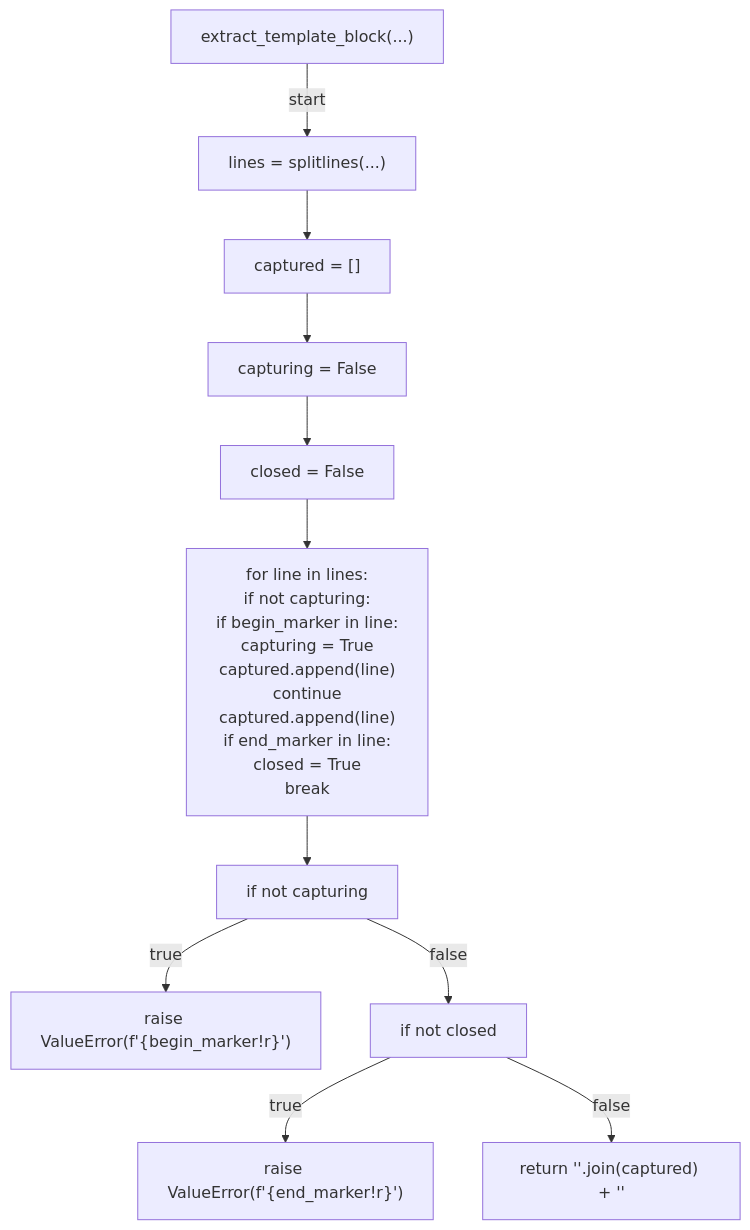
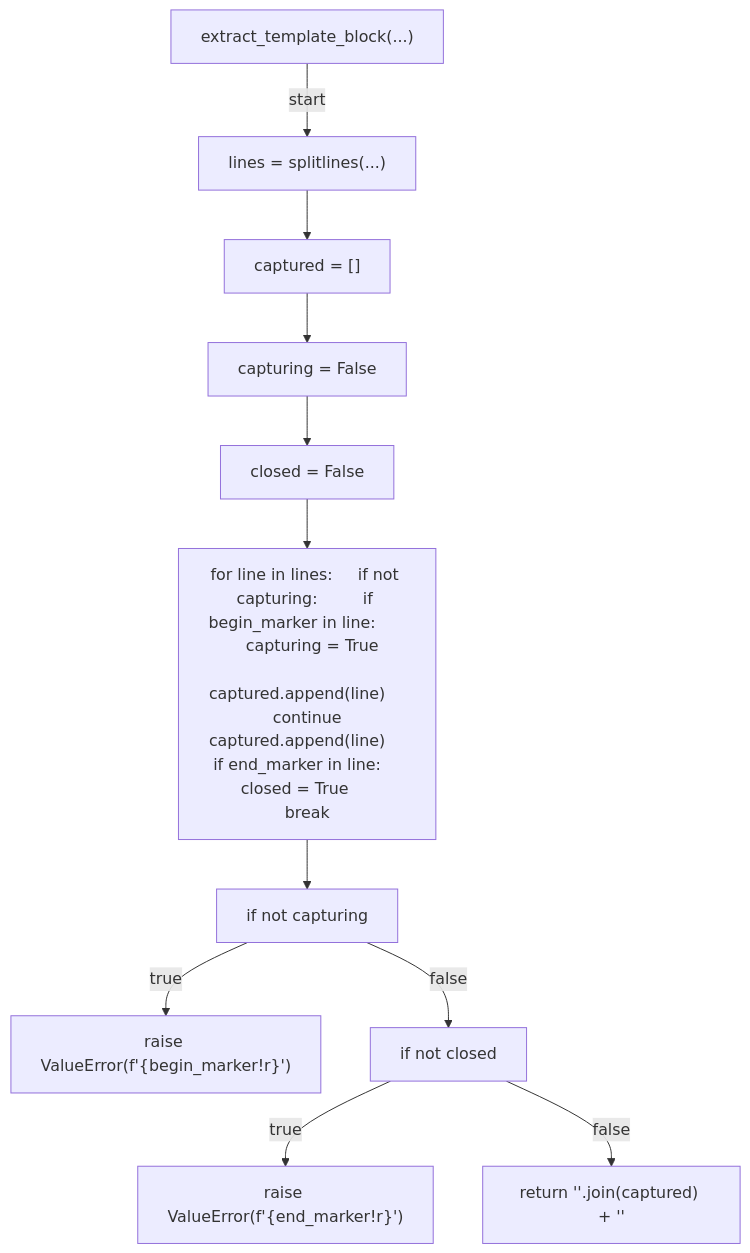
The first of 6 diagrams in docs/generated/scripts/ast/attack_review_reminder.md (tvna/claude-md), drawn with Mermaid before and after one commit. The commit also changed other lines of this file and 20 other files, not shown here.

First line of the commit message:
docs(generated): regenerate decision tree and workflow diagrams (batch 1/5)

````diff
--- a/docs/generated/scripts/ast/attack_review_reminder.md
+++ b/docs/generated/scripts/ast/attack_review_reminder.md
@@ -7,33 +7,24 @@
 ```mermaid
 flowchart TD
     N001["extract_template_block(...)"]
     N002["lines = splitlines(...)"]
     N003["captured = []"]
     N004["capturing = False"]
     N005["closed = False"]
-    N006["for line in lines:
-    if not capturing:
-        if begin_marker in line:
-            capturing = True
-            captured.append(line)
-        continue
-    captured.append(line)
-    if end_marker in line:
-        closed = True
-        break"]
+    N006["for line in lines:     if not capturing:         if begin_marker in line:             capturing = True             captured.append(line)         continue     captured.append(line)     if end_marker in line:         closed = True         break"]
     N007["if not capturing"]
     N008["raise ValueError(f'<str>{begin_marker!r}')"]
     N009["if not closed"]
     N010["raise ValueError(f'<str>{end_marker!r}')"]
     N011["return '<str>'.join(captured) + '<str>'"]
     N001 -->|"start"| N002
     N002 --> N003
     N003 --> N004
     N004 --> N005
     N005 --> N006
     N006 --> N007
     N007 -->|"true"| N008
     N007 -->|"false"| N009
     N009 -->|"true"| N010
     N009 -->|"false"| N011
 ```
````
